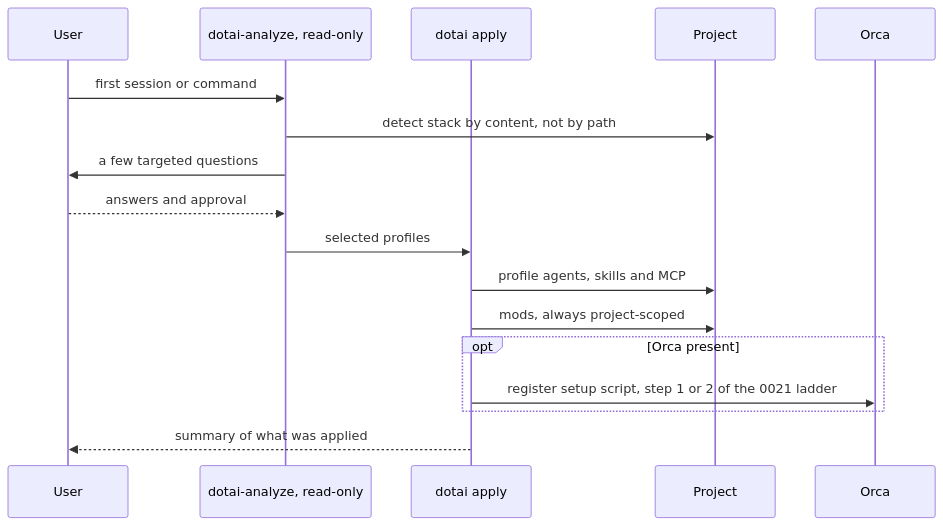
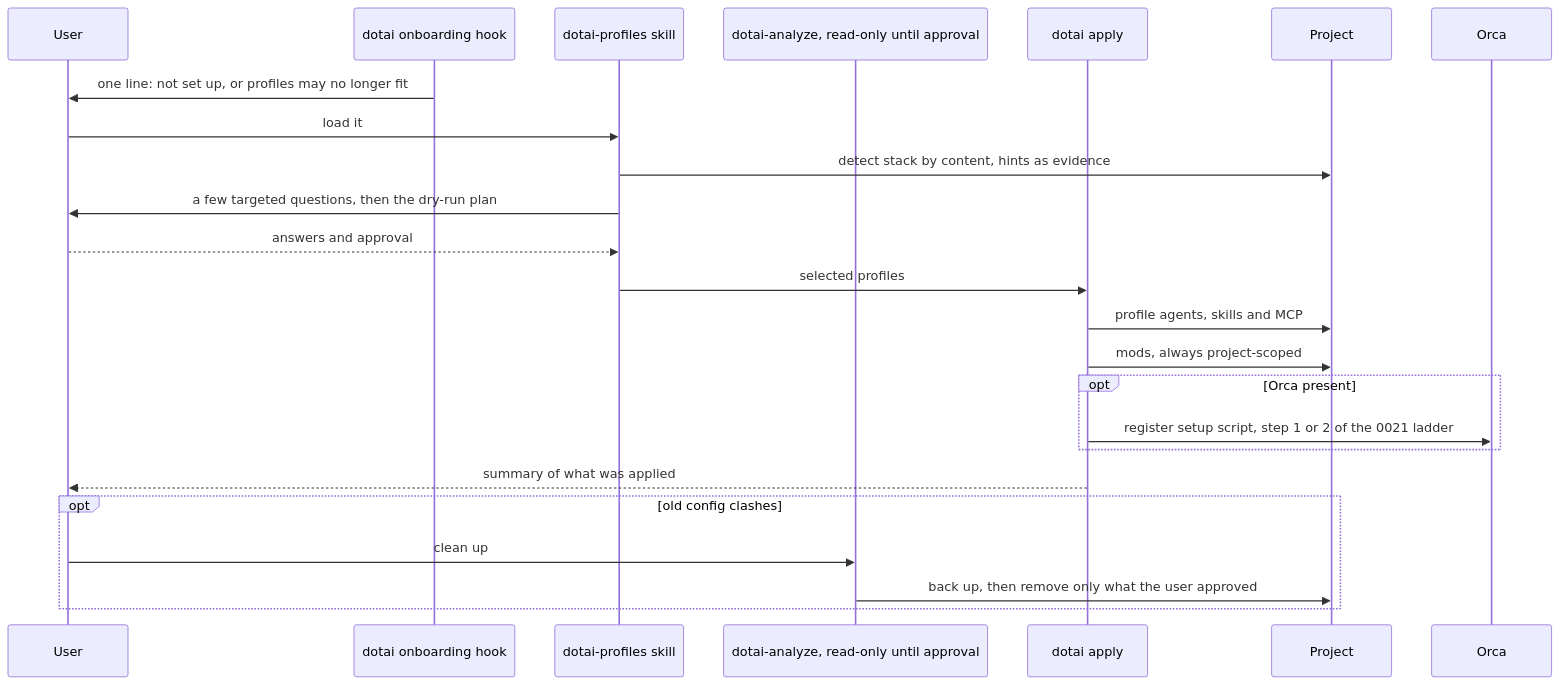
One commit to Lartweib/dotai-lartweib-pack changed the fifth of 7 diagrams in docs/RUNTIME.md. Above: the diagram before and after it, drawn with Mermaid. The commit also changed other lines of this file and 15 other files, not shown here.

Commit message:
feat(base): adopt dotai-owned onboarding and keep dotai-analyze for clash cleanup

````diff
--- a/docs/RUNTIME.md
+++ b/docs/RUNTIME.md
@@ -162,20 +162,27 @@
 ```mermaid
 sequenceDiagram
   participant U as User
-  participant AN as dotai-analyze, read-only
+  participant H as dotai onboarding hook
+  participant AN as dotai-profiles skill
+  participant CL as dotai-analyze, read-only until approval
   participant DA as dotai apply
   participant P as Project
   participant O as Orca
 
-  U->>AN: first session or command
-  AN->>P: detect stack by content, not by path
-  AN->>U: a few targeted questions
+  H->>U: one line: not set up, or profiles may no longer fit
+  U->>AN: load it
+  AN->>P: detect stack by content, hints as evidence
+  AN->>U: a few targeted questions, then the dry-run plan
   U-->>AN: answers and approval
   AN->>DA: selected profiles
   DA->>P: profile agents, skills and MCP
   DA->>P: mods, always project-scoped
   opt Orca present
     DA->>O: register setup script, step 1 or 2 of the 0021 ladder
   end
   DA-->>U: summary of what was applied
+  opt old config clashes
+    U->>CL: clean up
+    CL->>P: back up, then remove only what the user approved
+  end
 ```
````
